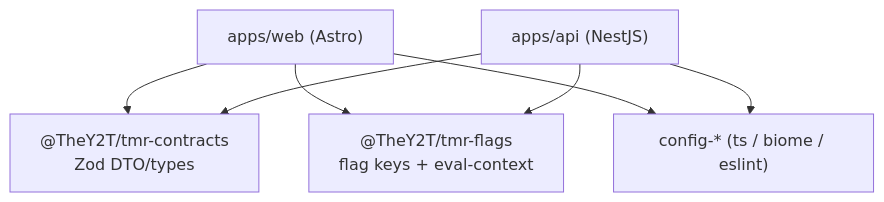
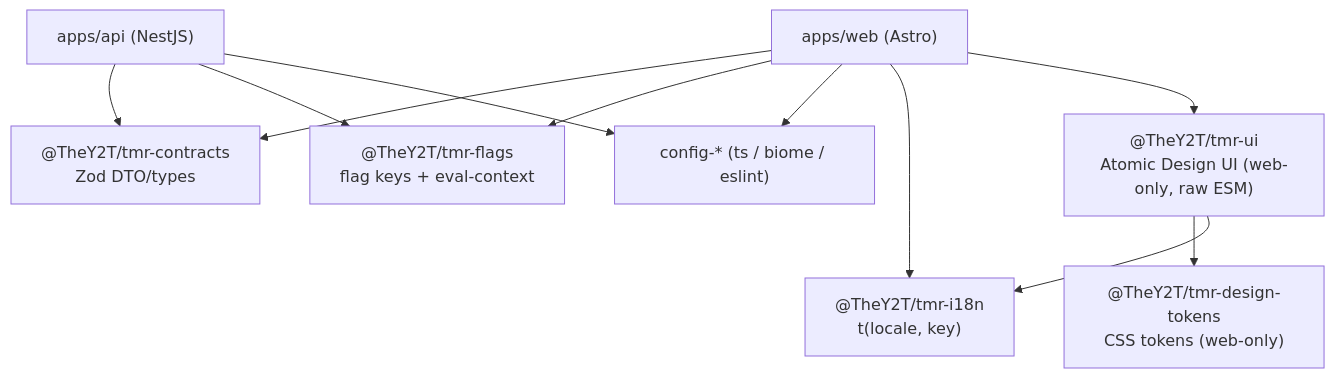
Before and after one commit to TheY2T/the-music-repository: the first of 2 diagrams in docs/architecture/code-architecture.md, drawn with Mermaid. The commit also changed other lines of this file and 197 other files, not shown here.

Commit message:
feat: design-tokens + ui component lib

````diff
--- a/docs/architecture/code-architecture.md
+++ b/docs/architecture/code-architecture.md
@@ -5,10 +5,14 @@
 ```mermaid
 flowchart TD
   contracts["@TheY2T/tmr-contracts<br/>Zod DTO/types"]
   flags["@TheY2T/tmr-flags<br/>flag keys + eval-context"]
+  i18n["@TheY2T/tmr-i18n<br/>t(locale, key)"]
+  ui["@TheY2T/tmr-ui<br/>Atomic Design UI (web-only, raw ESM)"]
+  tokens["@TheY2T/tmr-design-tokens<br/>CSS tokens (web-only)"]
   cfg["config-* (ts / biome / eslint)"]
   web["apps/web (Astro)"]
   api["apps/api (NestJS)"]
-  web --> contracts & flags & cfg
+  web --> contracts & flags & cfg & i18n & ui
+  ui --> tokens & i18n
   api --> contracts & flags & cfg
 ```
````
